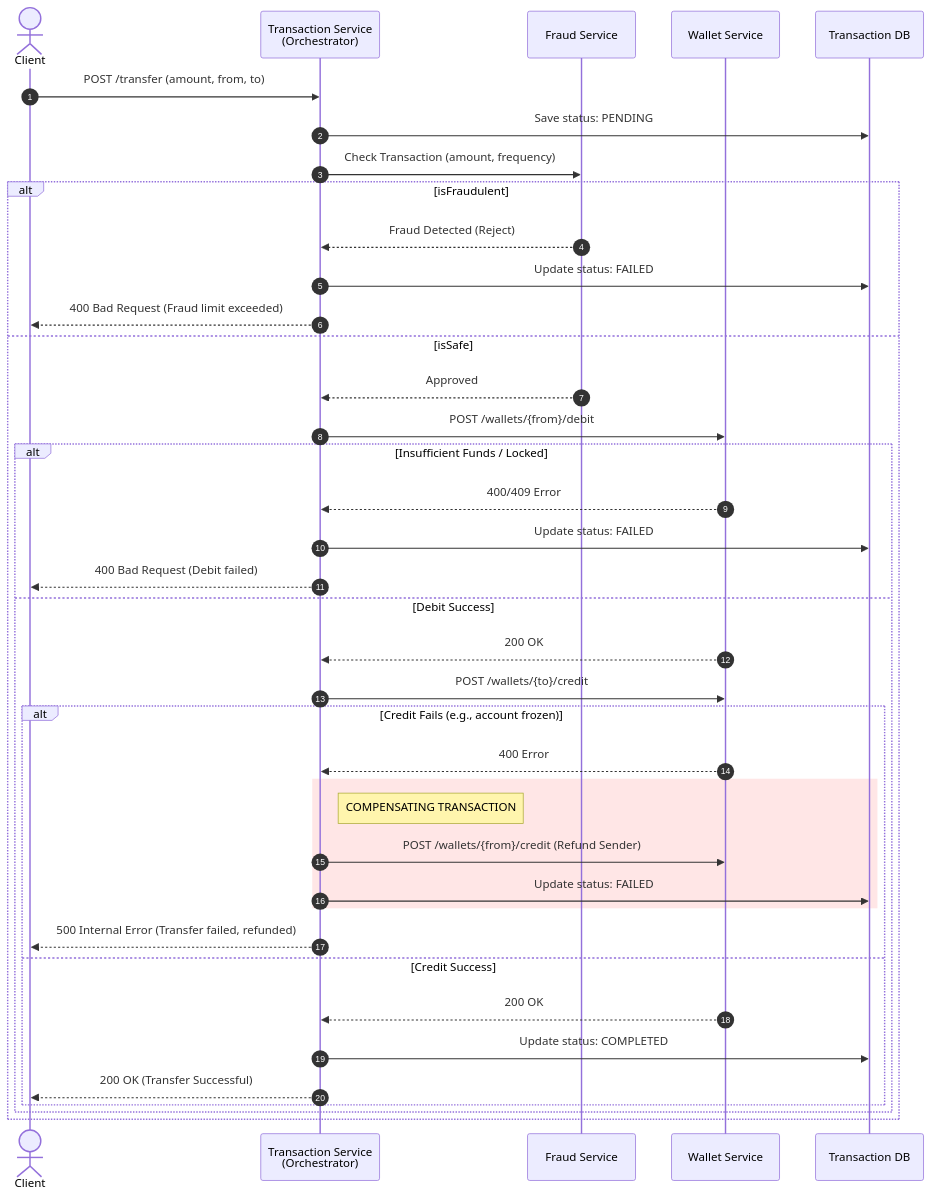
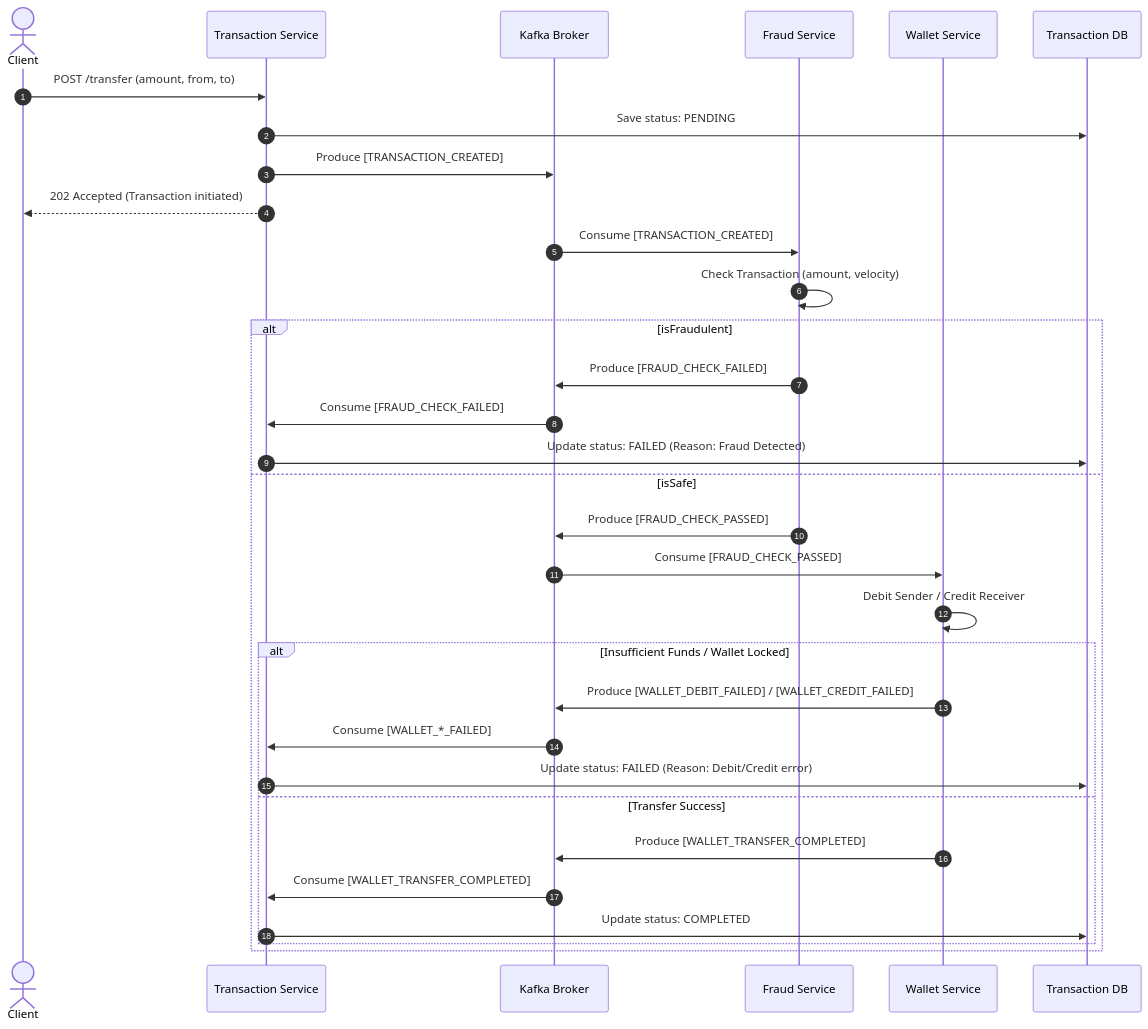
Before and after one commit to mohamedRamadan2010/Digital-Wallet: the diagram in docs/Saga Pattern (Distributed Transaction Flow).md, drawn with Mermaid.

Commit message:
docs: Update Saga Pattern diagram to reflect Kafka Event Choreography

````diff
--- a/docs/Saga Pattern (Distributed Transaction Flow).md
+++ b/docs/Saga Pattern (Distributed Transaction Flow).md
@@ -1,51 +1,39 @@
 ```mermaid
 sequenceDiagram
     autonumber
     actor Client
-    participant TS as Transaction Service<br/>(Orchestrator)
+    participant TS as Transaction Service
+    participant K as Kafka Broker
     participant FS as Fraud Service
     participant WS as Wallet Service
     participant DB as Transaction DB
 
     Client->>TS: POST /transfer (amount, from, to)
     TS->>DB: Save status: PENDING
+    TS->>K: Produce [TRANSACTION_CREATED]
+    TS-->>Client: 202 Accepted (Transaction initiated)
     
     %% Step 1: Fraud Check
-    TS->>FS: Check Transaction (amount, frequency)
+    K->>FS: Consume [TRANSACTION_CREATED]
+    FS->>FS: Check Transaction (amount, velocity)
     alt isFraudulent
-        FS-->>TS: Fraud Detected (Reject)
-        TS->>DB: Update status: FAILED
-        TS-->>Client: 400 Bad Request (Fraud limit exceeded)
+        FS->>K: Produce [FRAUD_CHECK_FAILED]
+        K->>TS: Consume [FRAUD_CHECK_FAILED]
+        TS->>DB: Update status: FAILED (Reason: Fraud Detected)
     else isSafe
-        FS-->>TS: Approved
+        FS->>K: Produce [FRAUD_CHECK_PASSED]
         
-        %% Step 2: Debit Sender
-        TS->>WS: POST /wallets/{from}/debit
-        alt Insufficient Funds / Locked
-            WS-->>TS: 400/409 Error
-            TS->>DB: Update status: FAILED
-            TS-->>Client: 400 Bad Request (Debit failed)
-        else Debit Success
-            WS-->>TS: 200 OK
-            
-            %% Step 3: Credit Receiver
-            TS->>WS: POST /wallets/{to}/credit
-            alt Credit Fails (e.g., account frozen)
-                WS-->>TS: 400 Error
-                
-                %% Step 4: COMPENSATION
-                rect rgb(255, 230, 230)
-                    Note right of TS: COMPENSATING TRANSACTION
-                    TS->>WS: POST /wallets/{from}/credit (Refund Sender)
-                    TS->>DB: Update status: FAILED
-                end
-                
-                TS-->>Client: 500 Internal Error (Transfer failed, refunded)
-            else Credit Success
-                WS-->>TS: 200 OK
-                TS->>DB: Update status: COMPLETED
-                TS-->>Client: 200 OK (Transfer Successful)
-            end
+        %% Step 2 & 3: Wallet Transfer
+        K->>WS: Consume [FRAUD_CHECK_PASSED]
+        WS->>WS: Debit Sender / Credit Receiver
+        alt Insufficient Funds / Wallet Locked
+            WS->>K: Produce [WALLET_DEBIT_FAILED] / [WALLET_CREDIT_FAILED]
+            K->>TS: Consume [WALLET_*_FAILED]
+            TS->>DB: Update status: FAILED (Reason: Debit/Credit error)
+        else Transfer Success
+            WS->>K: Produce [WALLET_TRANSFER_COMPLETED]
+            K->>TS: Consume [WALLET_TRANSFER_COMPLETED]
+            TS->>DB: Update status: COMPLETED
         end
     end
 ```
````
